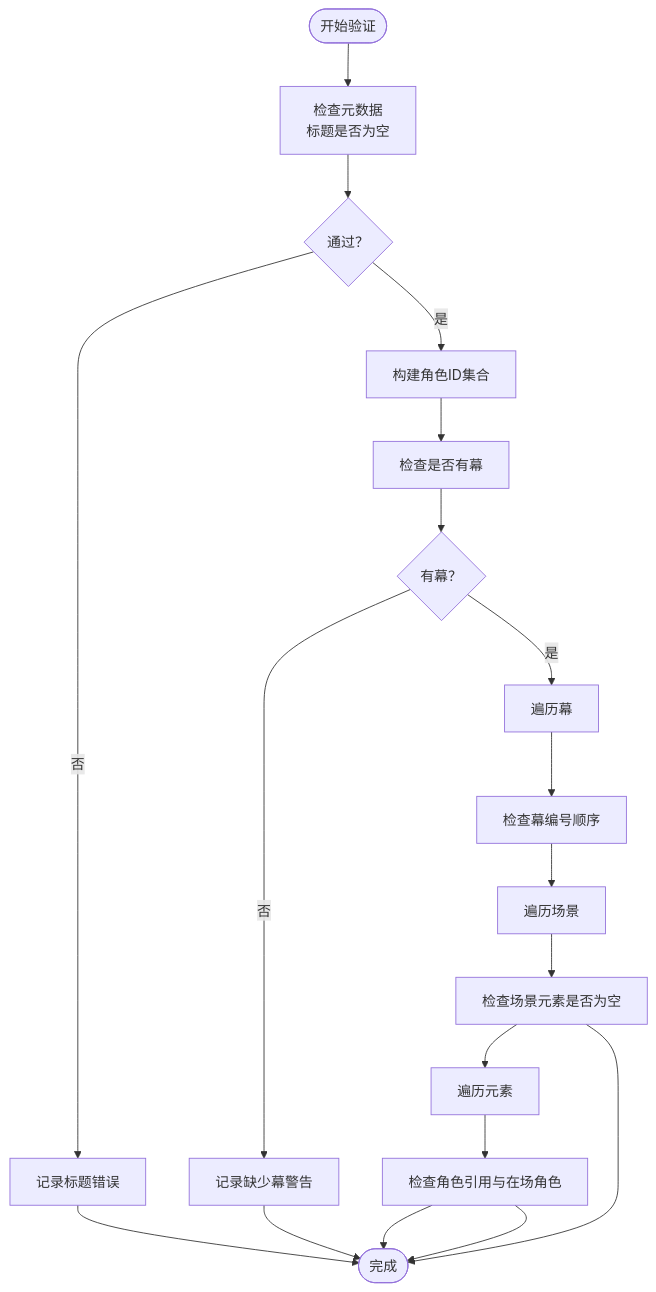
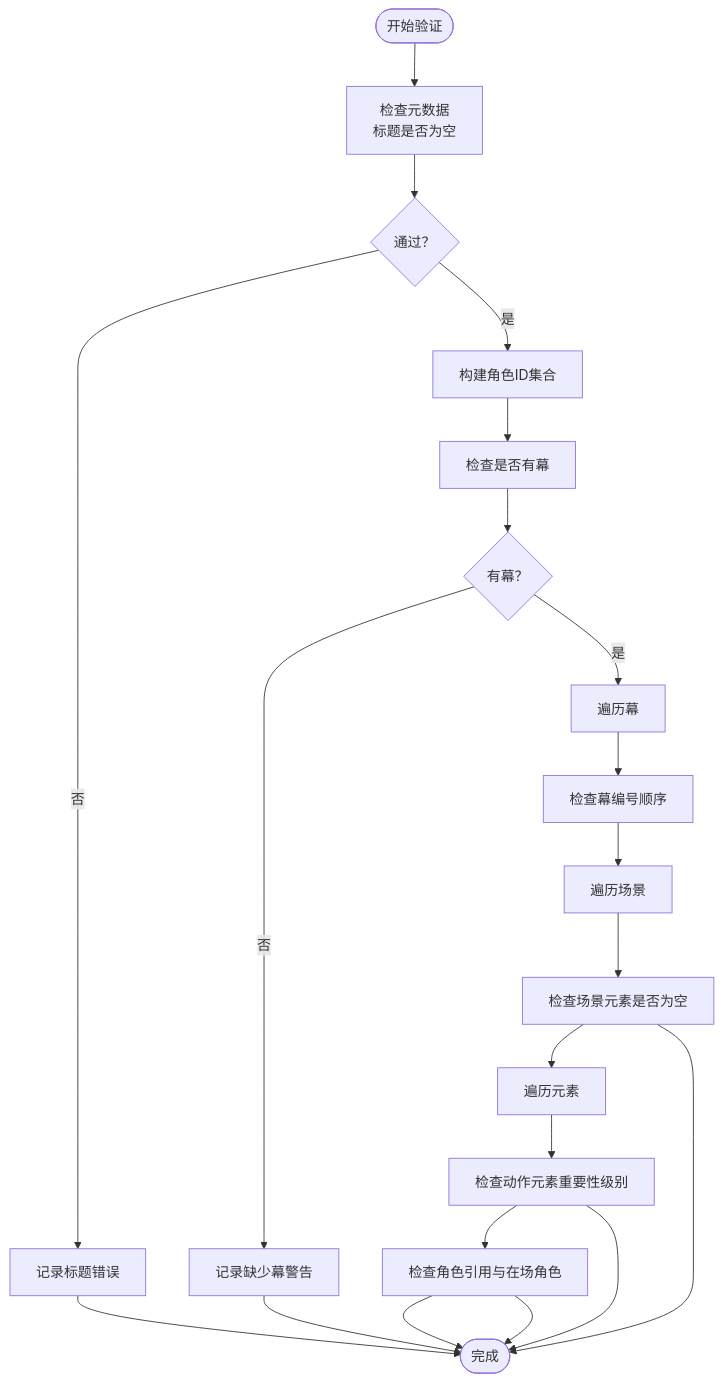
The fourth of 4 diagrams in .qoder/repowiki/zh/content/数据模型设计/数据模型设计.md (tjujingzong/Novel-to-Screenplay), drawn with Mermaid before and after one commit. The commit also changed other lines of this file and 6 other files, not shown here.

````diff
--- a/.qoder/repowiki/zh/content/数据模型设计/数据模型设计.md
+++ b/.qoder/repowiki/zh/content/数据模型设计/数据模型设计.md
@@ -327,21 +402,23 @@
 ```mermaid
 flowchart TD
 Start(["开始验证"]) --> CheckMeta["检查元数据<br/>标题是否为空"]
 CheckMeta --> MetaOK{"通过？"}
 MetaOK --> |否| ReportTitle["记录标题错误"]
 MetaOK --> |是| BuildCharSet["构建角色ID集合"]
 BuildCharSet --> CheckActs["检查是否有幕"]
 CheckActs --> HasActs{"有幕？"}
 HasActs --> |否| ReportNoActs["记录缺少幕警告"]
 HasActs --> |是| IterateActs["遍历幕"]
 IterateActs --> CheckActNum["检查幕编号顺序"]
 CheckActNum --> IterateScenes["遍历场景"]
 IterateScenes --> CheckEmptyScenes["检查场景元素是否为空"]
 CheckEmptyScenes --> IterateElements["遍历元素"]
-IterateElements --> CheckRefs["检查角色引用与在场角色"]
+IterateElements --> CheckImportance["检查动作元素重要性级别"]
+CheckImportance --> CheckRefs["检查角色引用与在场角色"]
 CheckRefs --> Done(["完成"])
 ReportTitle --> Done
 ReportNoActs --> Done
 CheckEmptyScenes --> Done
+CheckImportance --> Done
 CheckRefs --> Done
 ```
````
